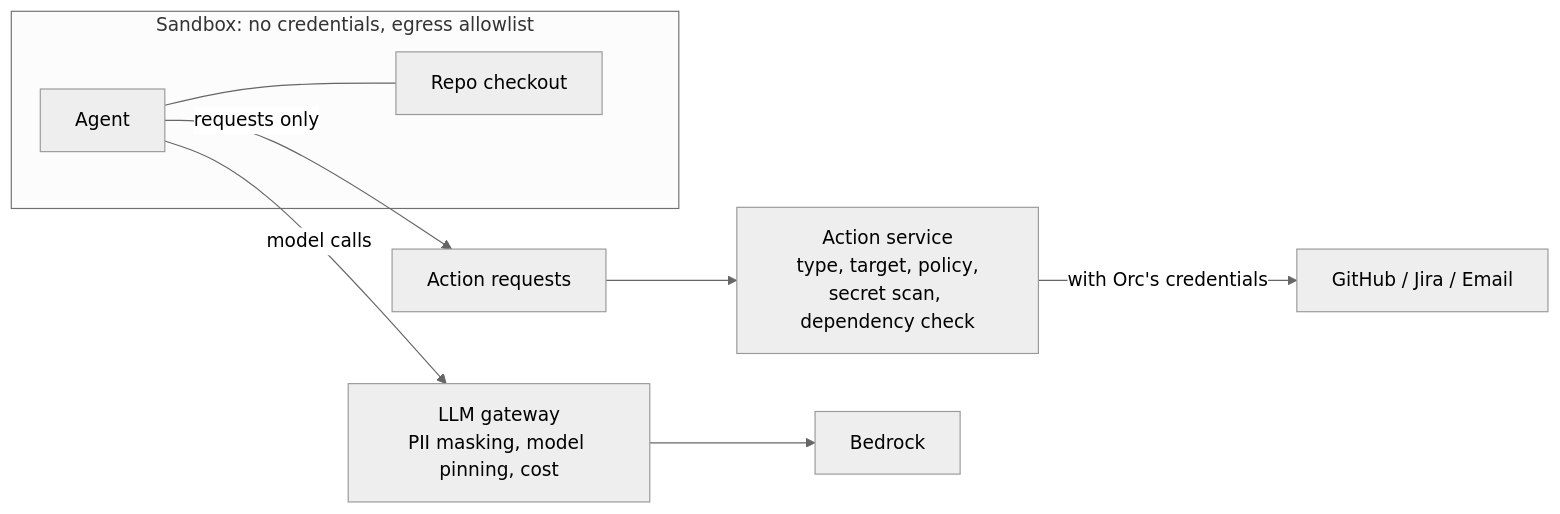
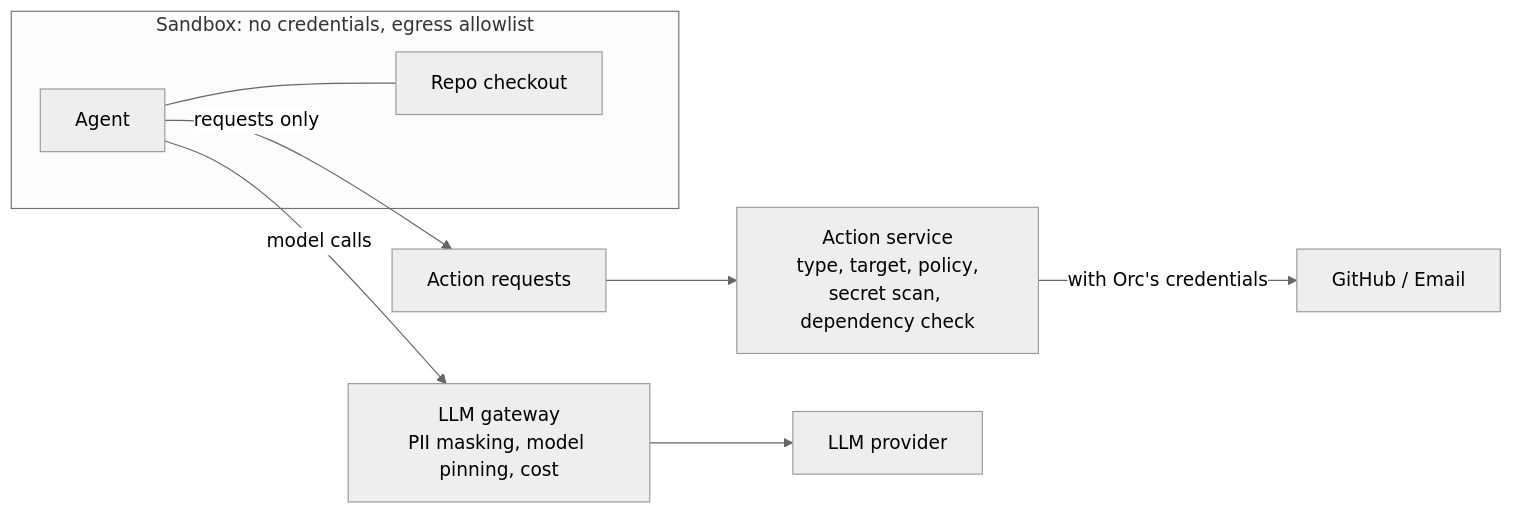
The third of 4 diagrams in docs/architecture.md (joshevensen/orc), drawn with Mermaid (neutral theme) before and after one commit. The commit also changed other lines of this file and 18 other files, not shown here.

First line of the commit message:
Make hosting, sandbox, LLM provider and issue tracker vendor-neutral

````diff
--- a/docs/architecture.md
+++ b/docs/architecture.md
@@ -173,16 +169,16 @@
 ```mermaid
 flowchart LR
   subgraph SB["Sandbox: no credentials, egress allowlist"]
     AG[Agent]
     REPO[Repo checkout]
     AG --- REPO
   end
   GW[LLM gateway<br/>PII masking, model pinning, cost]
   REQ[Action requests]
   AS[Action service<br/>type, target, policy,<br/>secret scan, dependency check]
-  EXT[GitHub / Jira / Email]
-  BR[Bedrock]
+  EXT[GitHub / Email]
+  BR[LLM provider]
 
   AG -- model calls --> GW --> BR
   AG -- requests only --> REQ --> AS -- with Orc's credentials --> EXT
 ```
````
